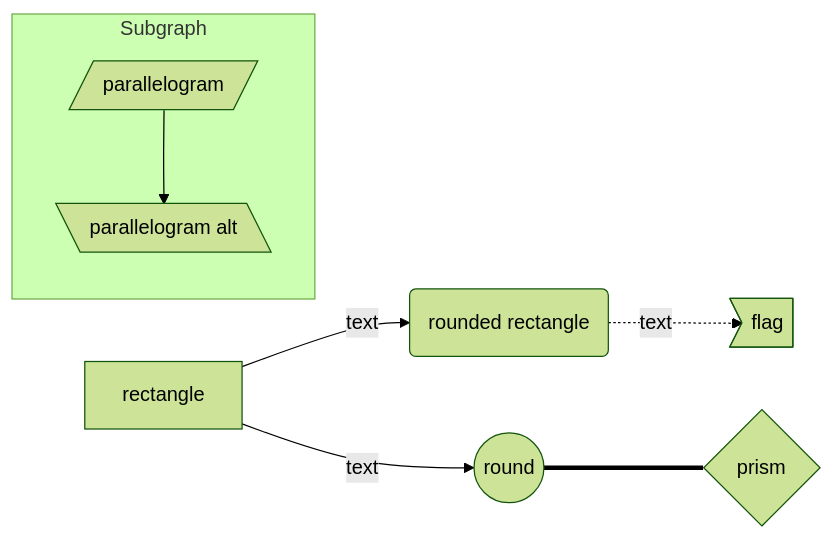
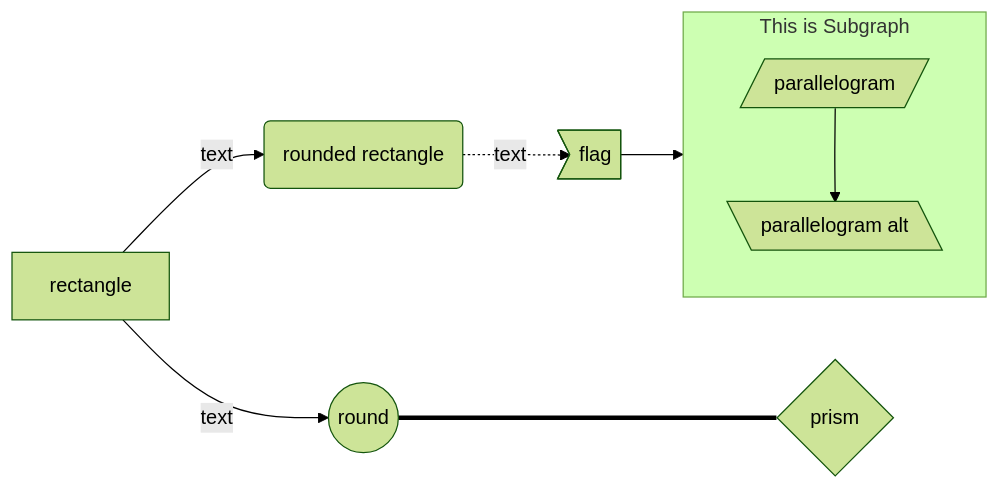
The first of 4 diagrams in toolkit/chart_with_typora.md (chensk1999/note), drawn with Mermaid (forest theme) before and after one commit. The commit also changed 12 other files, not shown here.

````diff
--- a/toolkit/chart_with_typora.md
+++ b/toolkit/chart_with_typora.md
@@ -5,24 +5,22 @@
 ```mermaid
 %% 声明图的种类和方向
 %% 流程图的方向：TD(top-down), BT(bottom-top), RL(right-left), LR(left-right)
 graph LR
     %% 声明节点，id["text"]。没有特殊字符(如括号)时可省略引号
     A[rectangle]
     B(rounded rectangle)
     C((round))
     D>flag]
 
-    %% 连线
-    %% 文档中还说能用A --- B & C的方式连同级节点，但是这个版本的typora渲染不出来
+    %% 连线。“更长”的连线，如C====E多用了一个等于号，让E对齐再右边一级的节点
     A --text--> B & C
-    
-    %% 声明的同时连线
     B -.->|text| D>flag]
-    C === E{prism}
-    
+    C ==== E{prism}
 
     %% 子图
-    subgraph "Subgraph"
+    subgraph SG [This is Subgraph]
+        direction TB
         F[/parallelogram/] --> G[\parallelogram alt\]
     end
+    D --> SG
 ```
````
